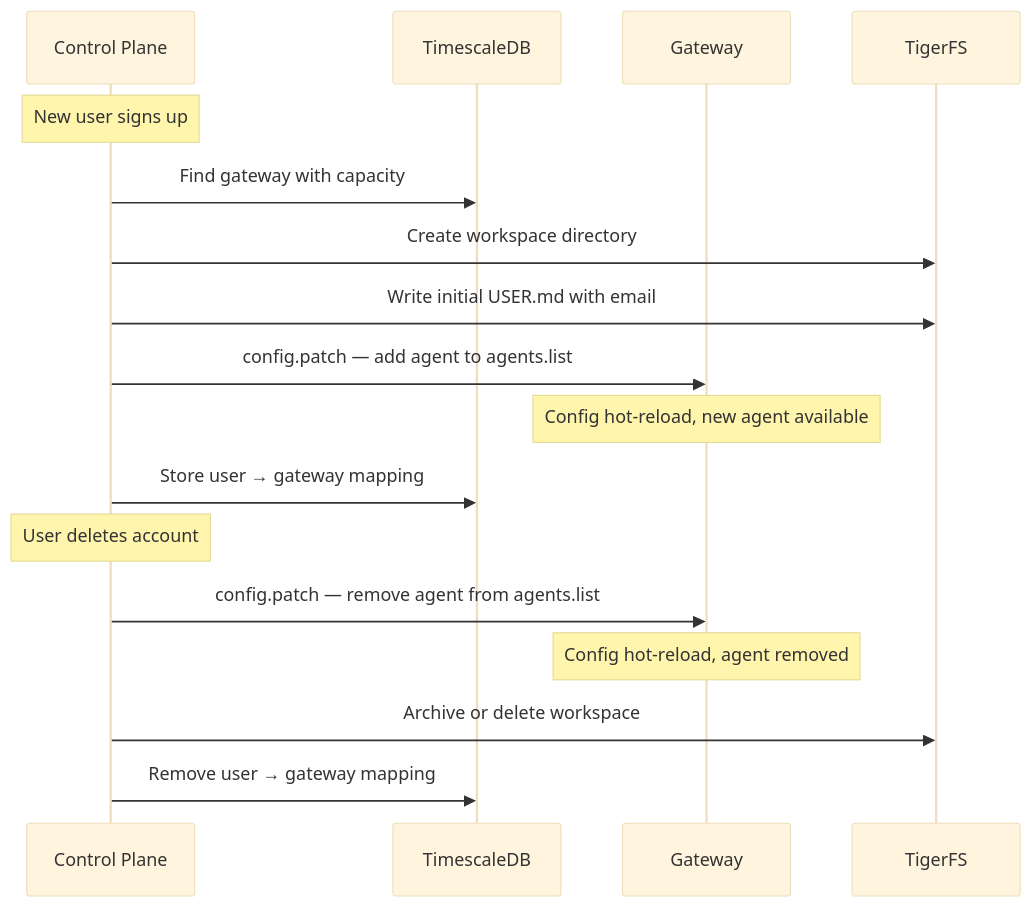
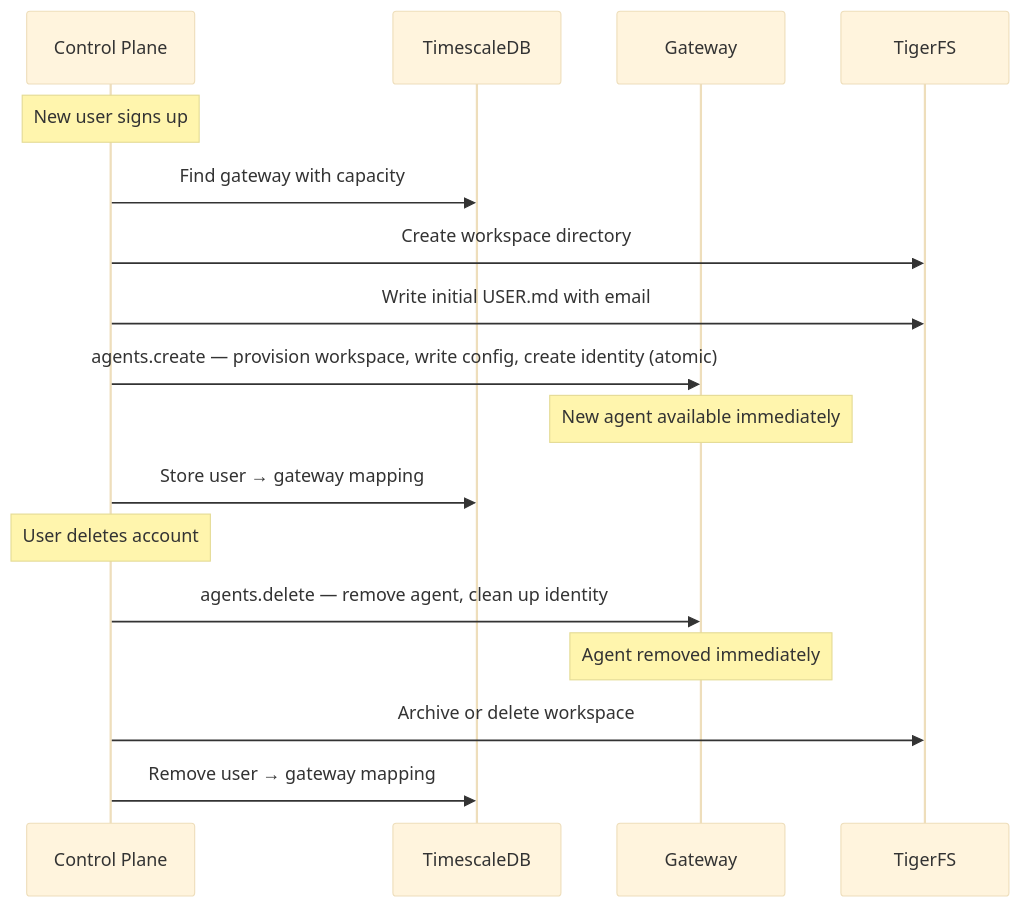
One commit to 1qh/claw changed the second of 5 diagrams in plan/05-multi-agent.md. Above: the diagram before and after it, drawn with Mermaid (base theme). The commit also changed other lines of this file and 14 other files, not shown here.

````diff
--- a/plan/05-multi-agent.md
+++ b/plan/05-multi-agent.md
@@ -42,23 +49,23 @@
 ```mermaid
 sequenceDiagram
     participant CP as Control Plane
     participant DB as TimescaleDB
     participant GW as Gateway
     participant TFS as TigerFS
 
     Note over CP: New user signs up
 
     CP->>DB: Find gateway with capacity
     CP->>TFS: Create workspace directory
     CP->>TFS: Write initial USER.md with email
-    CP->>GW: config.patch — add agent to agents.list
-    Note over GW: Config hot-reload, new agent available
+    CP->>GW: agents.create — provision workspace, write config, create identity (atomic)
+    Note over GW: New agent available immediately
     CP->>DB: Store user → gateway mapping
 
     Note over CP: User deletes account
 
-    CP->>GW: config.patch — remove agent from agents.list
-    Note over GW: Config hot-reload, agent removed
+    CP->>GW: agents.delete — remove agent, clean up identity
+    Note over GW: Agent removed immediately
     CP->>TFS: Archive or delete workspace
     CP->>DB: Remove user → gateway mapping
 ```
````
